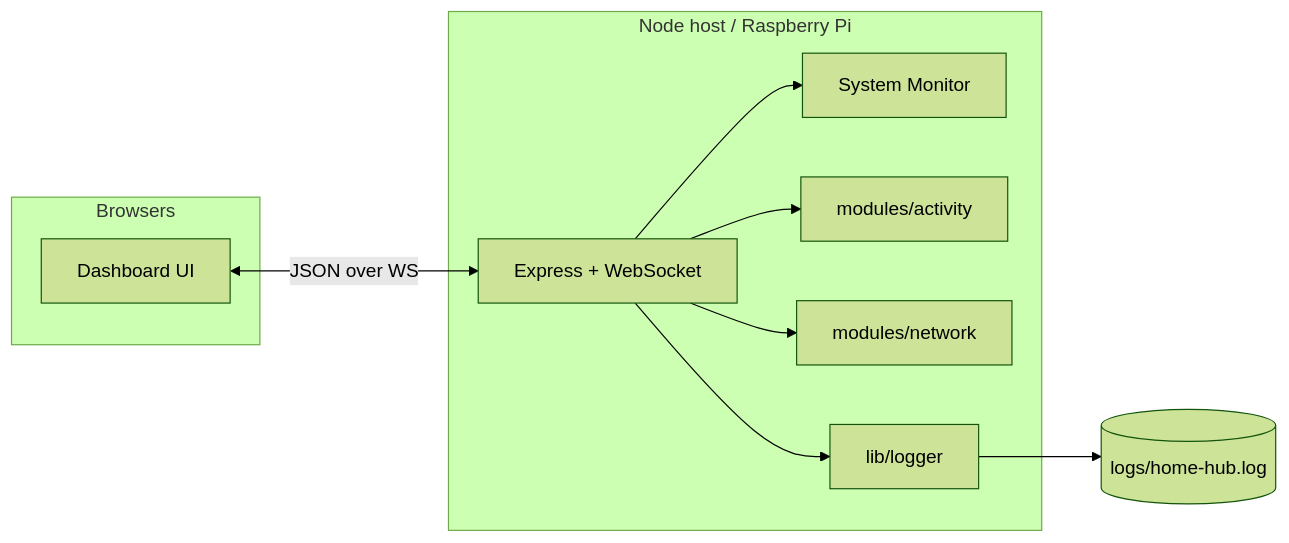
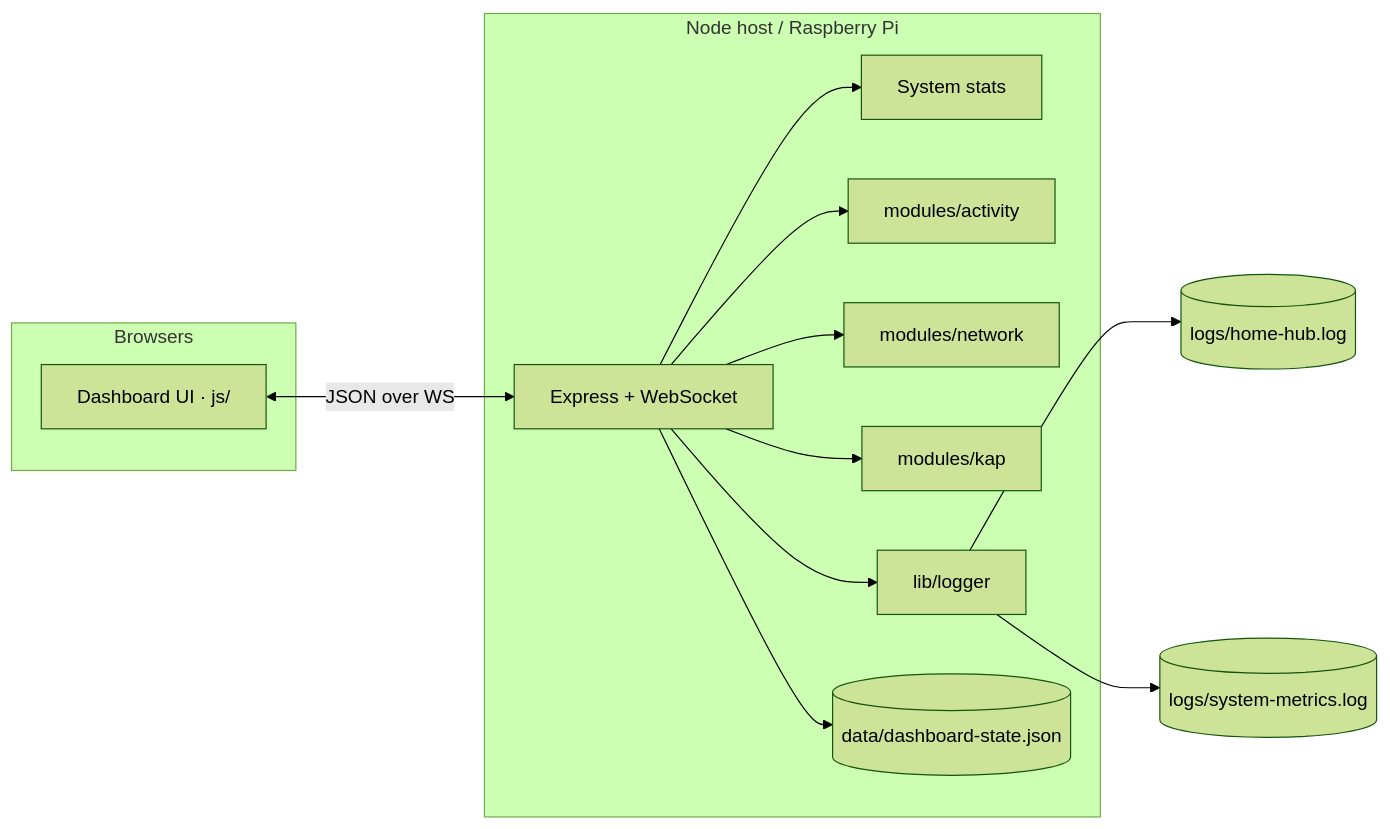
The diagram in README.md (yigitcnsn/home-hub), drawn with Mermaid (forest theme) before and after one commit. The commit also changed other lines of this file, not shown here.

First line of the commit message:
docs: update README.md for KAP module integration and UI enhancements

````diff
--- a/README.md
+++ b/README.md
@@ -135,21 +142,26 @@
 ```mermaid
 flowchart LR
   subgraph clients [Browsers]
-    A[Dashboard UI]
+    A[Dashboard UI · js/]
   end
 
   subgraph host [Node host / Raspberry Pi]
     B[Express + WebSocket]
-    C[System Monitor]
+    C[System stats]
     D[modules/activity]
     E[modules/network]
-    F[lib/logger]
+    F[modules/kap]
+    G[lib/logger]
+    H[(data/dashboard-state.json)]
   end
 
   A <-->|JSON over WS| B
   B --> C
   B --> D
   B --> E
   B --> F
-  F --> G[(logs/home-hub.log)]
+  B --> G
+  B --> H
+  G --> I[(logs/home-hub.log)]
+  G --> J[(logs/system-metrics.log)]
 ```
````
